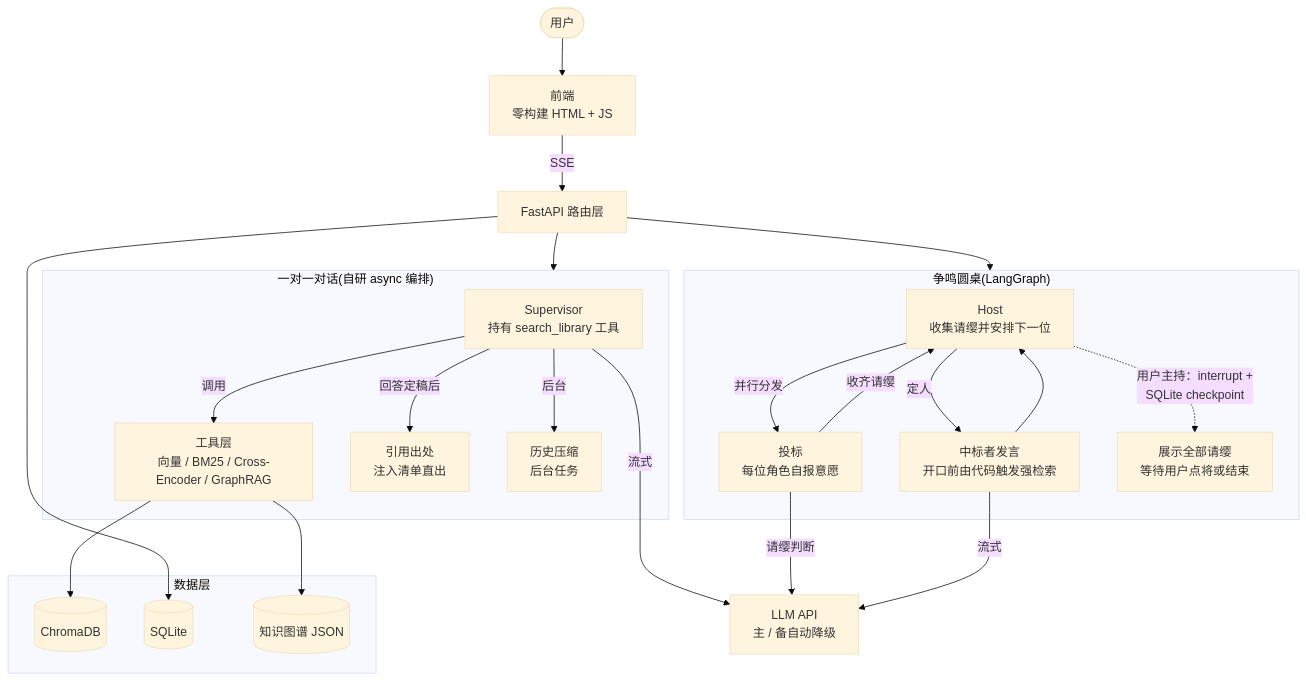
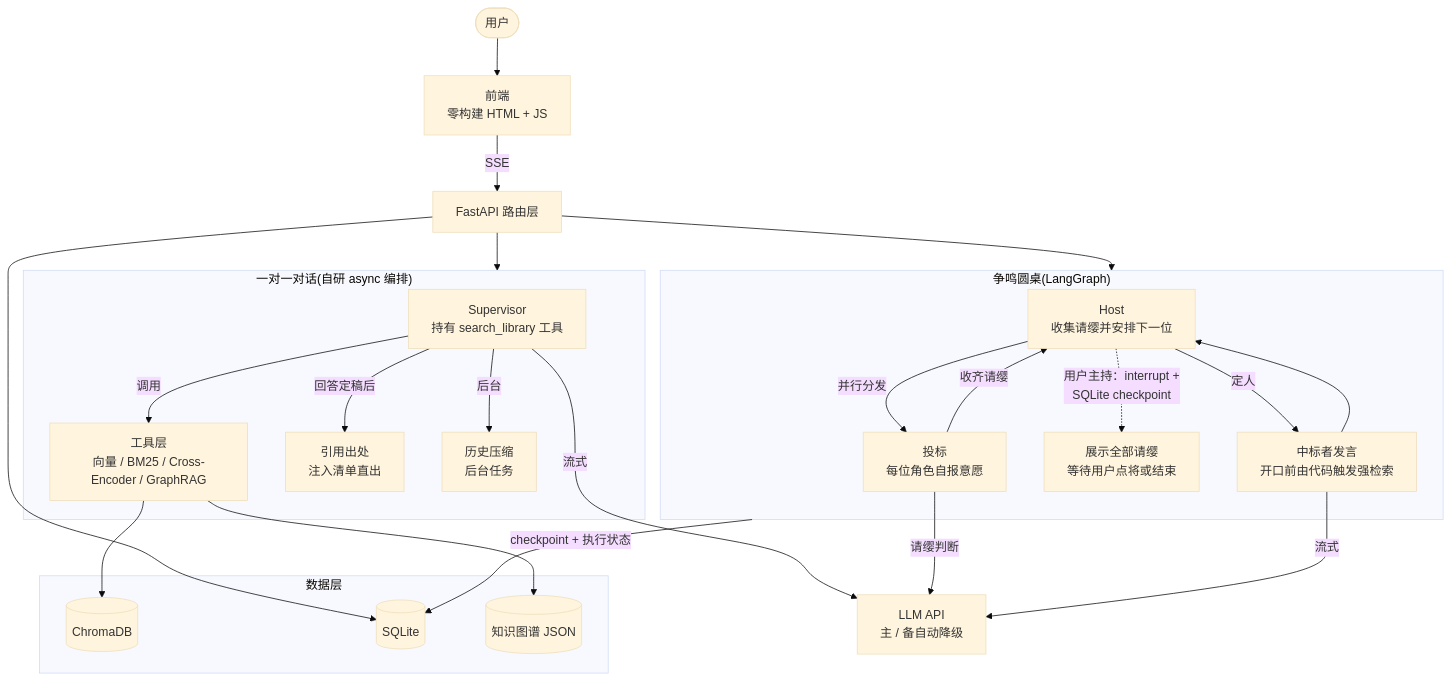
The diagram in README.md (ThekingofAI91/cuxi), drawn with Mermaid (base theme) before and after one commit. The commit also changed other lines of this file, not shown here.

````diff
--- a/README.md
+++ b/README.md
@@ -48,43 +52,44 @@
 ```mermaid
 flowchart TD
     User([用户]) --> UI[前端<br/>零构建 HTML + JS]
     UI -->|SSE| API[FastAPI 路由层]
 
     subgraph OneOnOne["一对一对话(自研 async 编排)"]
         Sup[Supervisor<br/>持有 search_library 工具]
         Tools[工具层<br/>向量 / BM25 / Cross-Encoder / GraphRAG]
         Cite[引用出处<br/>注入清单直出]
         Compress[历史压缩<br/>后台任务]
         Sup -->|调用| Tools
         Sup -->|回答定稿后| Cite
         Sup -->|后台| Compress
     end
 
     subgraph Roundtable["争鸣圆桌(LangGraph)"]
         Host[Host<br/>收集请缨并安排下一位]
         Bid[投标<br/>每位角色自报意愿]
         Participants[中标者发言<br/>开口前由代码触发强检索]
         Host -->|并行分发| Bid
         Bid -->|收齐请缨| Host
         Host -->|定人| Participants
         Participants --> Host
         Host -.->|用户主持：interrupt +<br/>SQLite checkpoint| Wait[展示全部请缨<br/>等待用户点将或结束]
     end
 
     subgraph Data["数据层"]
         Chroma[(ChromaDB)]
         SQLite[(SQLite)]
         Graph[(知识图谱 JSON)]
     end
 
     API --> OneOnOne
     API --> Roundtable
     Tools --> Chroma
     Tools --> Graph
     API --> SQLite
+    Roundtable -->|checkpoint + 执行状态| SQLite
 
     LLM[LLM API<br/>主 / 备自动降级]
     Sup -->|流式| LLM
     Bid -->|请缨判断| LLM
     Participants -->|流式| LLM
 ```
````
